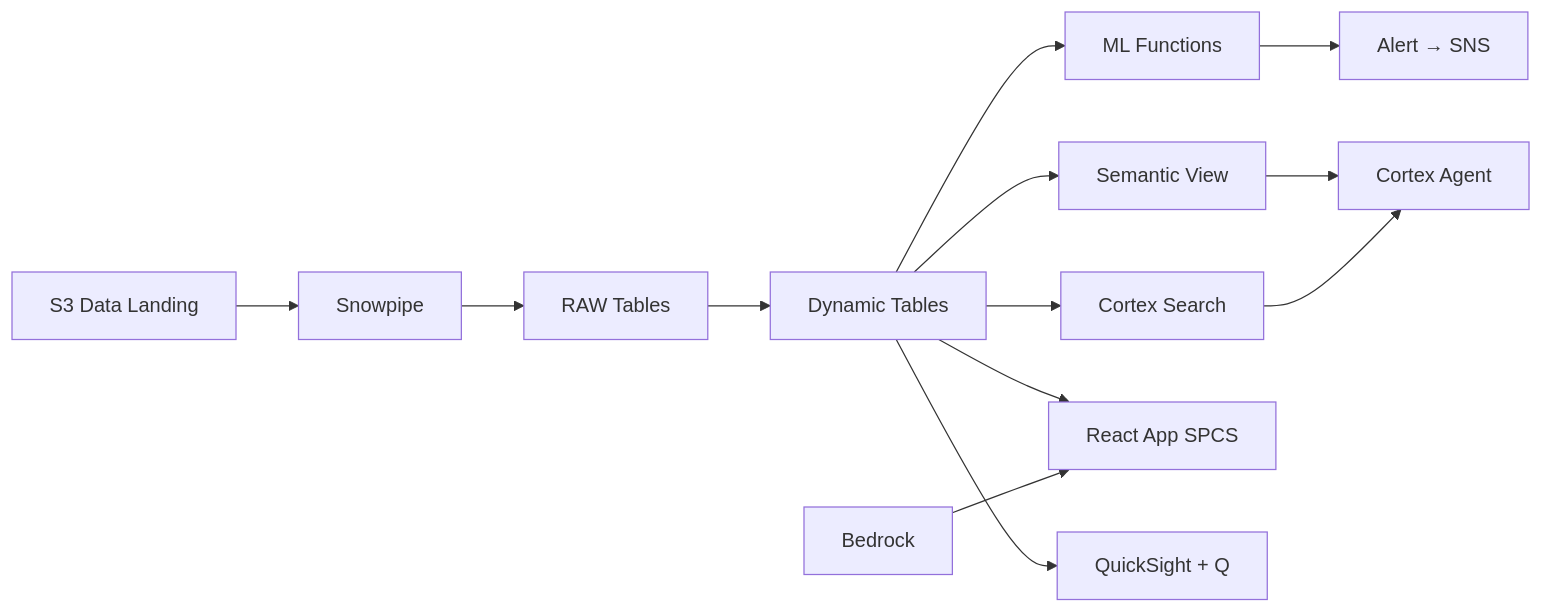
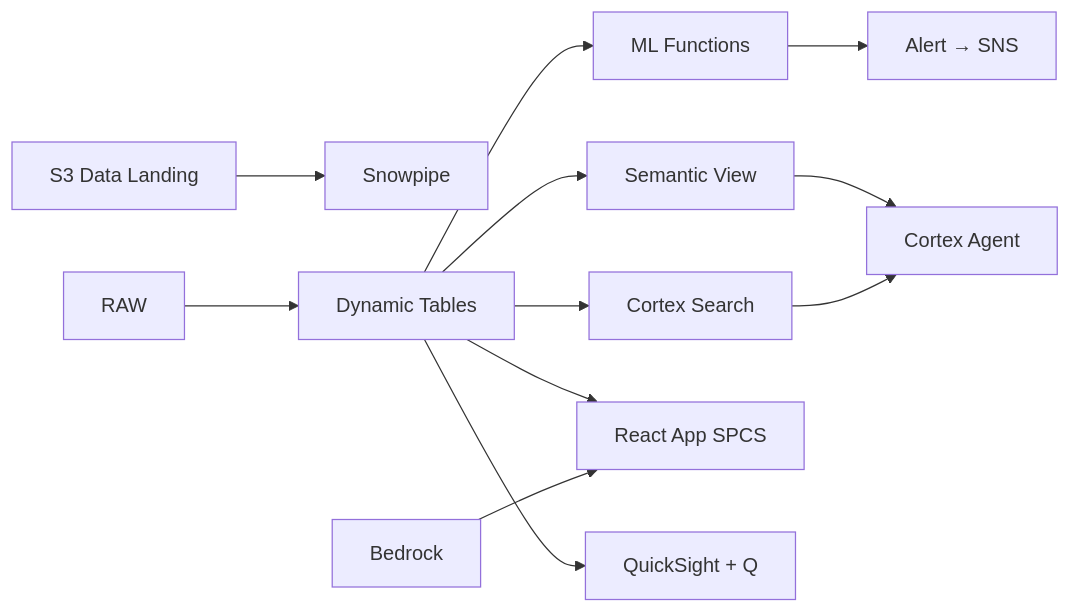
Before and after one commit to sfc-gh-jasvestis/aws-thailand-healthcare-hie: the diagram in README.md, drawn with Mermaid. The commit also changed 7 other files, not shown here.

Commit message:
Fix: add all source files, .gitignore, fix Mermaid diagram

````diff
--- a/README.md
+++ b/README.md
@@ -9,15 +9,14 @@
 ```mermaid
 flowchart LR
     S3[S3 Data Landing] --> SP[Snowpipe]
-    SP --> RAW[RAW Tables]
     RAW --> DT[Dynamic Tables]
     DT --> ML[ML Functions]
     DT --> SEARCH[Cortex Search]
     DT --> SV[Semantic View]
     SV --> AGENT[Cortex Agent]
     SEARCH --> AGENT
     DT --> APP[React App SPCS]
     BR[Bedrock] --> APP
     DT --> QS[QuickSight + Q]
     ML --> ALERT[Alert → SNS]
 ```
````
